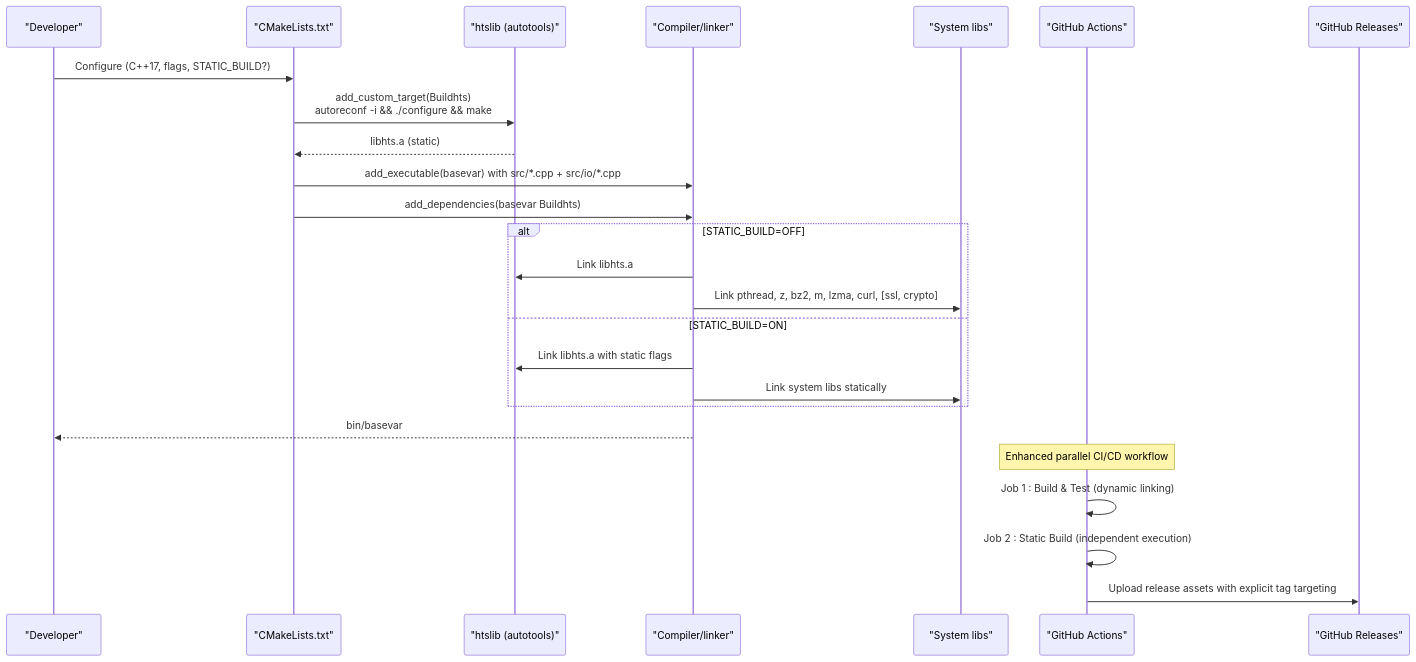
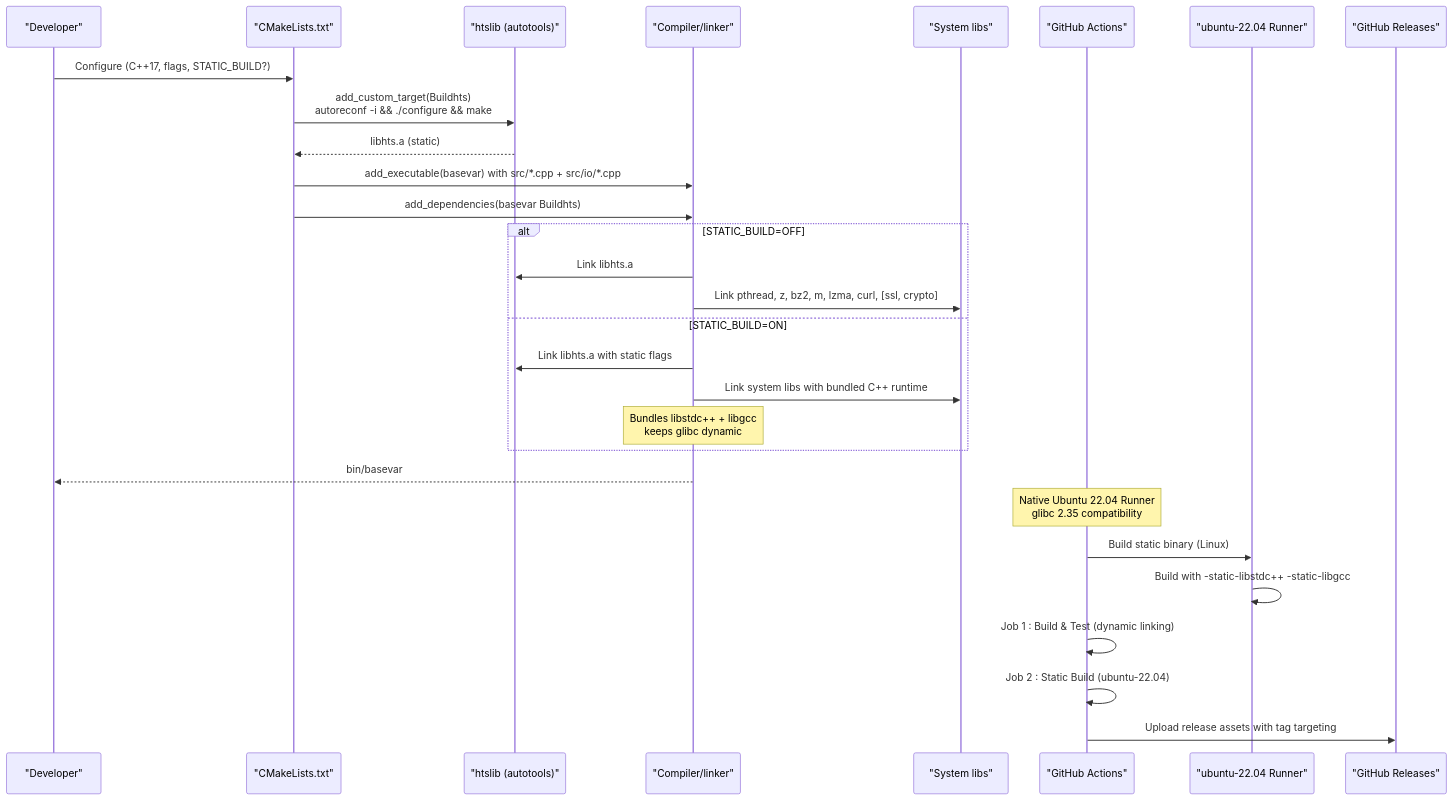
Before and after one commit to ShujiaHuang/BaseVar2: the second of 8 diagrams in .qoder/repowiki/en/content/Build System and Configuration.md, drawn with Mermaid. The commit also changed other lines of this file and 5 other files, not shown here.

````diff
--- a/.qoder/repowiki/en/content/Build System and Configuration.md
+++ b/.qoder/repowiki/en/content/Build System and Configuration.md
@@ -118,27 +124,31 @@
 ```mermaid
 sequenceDiagram
 participant Dev as "Developer"
 participant CMake as "CMakeLists.txt"
 participant HTS as "htslib (autotools)"
 participant GCC as "Compiler/linker"
 participant SYS as "System libs"
 participant CI as "GitHub Actions"
+participant Runner as "ubuntu-22.04 Runner"
 participant Release as "GitHub Releases"
 Dev->>CMake : Configure (C++17, flags, STATIC_BUILD?)
 CMake->>HTS : add_custom_target(Buildhts)<br/>autoreconf -i && ./configure && make
 HTS-->>CMake : libhts.a (static)
 CMake->>GCC : add_executable(basevar) with src/*.cpp + src/io/*.cpp
 CMake->>GCC : add_dependencies(basevar Buildhts)
 alt STATIC_BUILD=OFF
 GCC->>HTS : Link libhts.a
 GCC->>SYS : Link pthread, z, bz2, m, lzma, curl, [ssl, crypto]
 else STATIC_BUILD=ON
 GCC->>HTS : Link libhts.a with static flags
-GCC->>SYS : Link system libs statically
+GCC->>SYS : Link system libs with bundled C++ runtime
+note over GCC : Bundles libstdc++ + libgcc<br/>keeps glibc dynamic
 end
 GCC-->>Dev : bin/basevar
-Note over CI : Enhanced parallel CI/CD workflow
+Note over CI : Native Ubuntu 22.04 Runner<br/>glibc 2.35 compatibility
+CI->>Runner : Build static binary (Linux)
+Runner->>Runner : Build with -static-libstdc++ -static-libgcc
 CI->>CI : Job 1 : Build & Test (dynamic linking)
-CI->>CI : Job 2 : Static Build (independent execution)
-CI->>Release : Upload release assets with explicit tag targeting
+CI->>CI : Job 2 : Static Build (ubuntu-22.04)
+CI->>Release : Upload release assets with tag targeting
 ```
````
